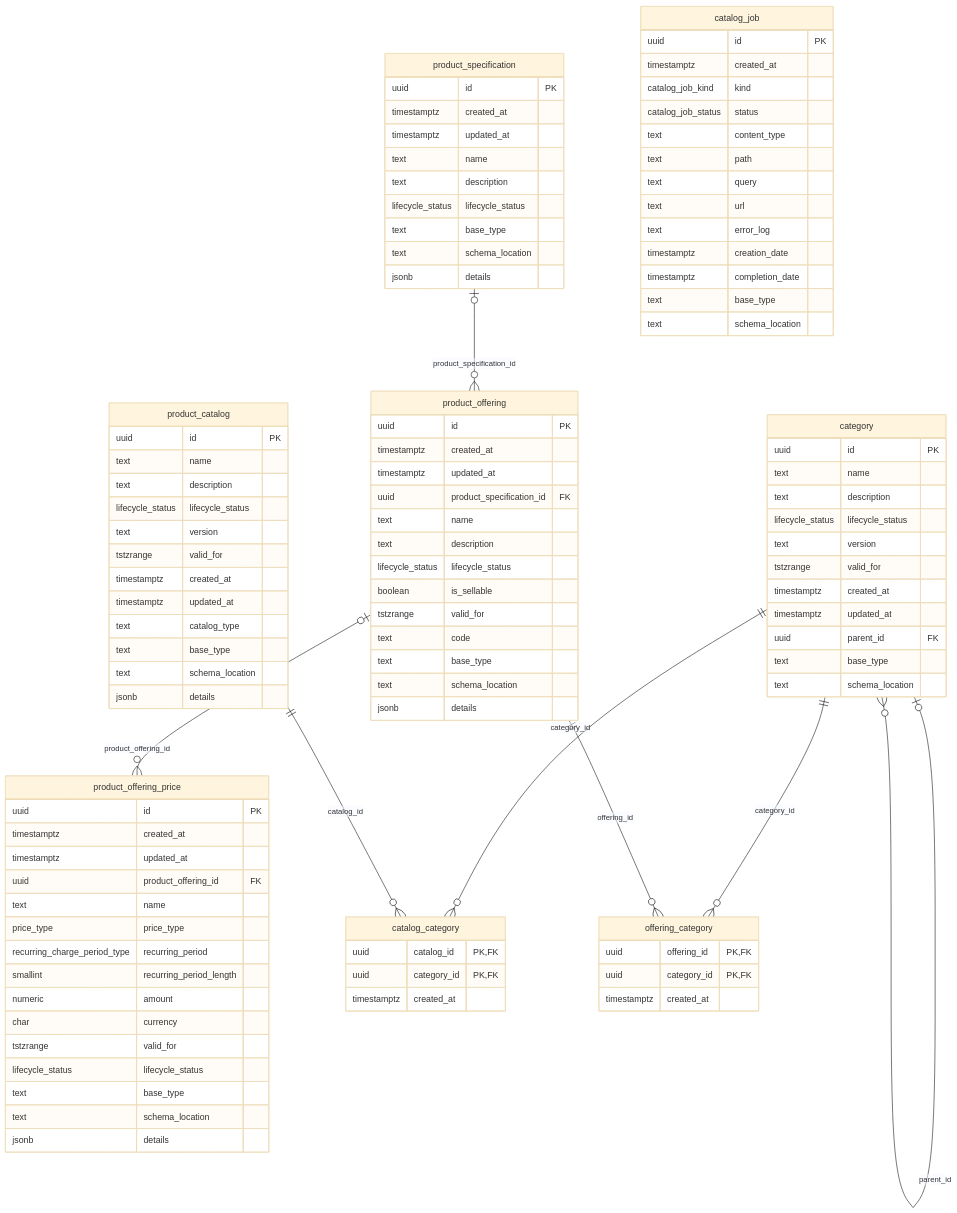
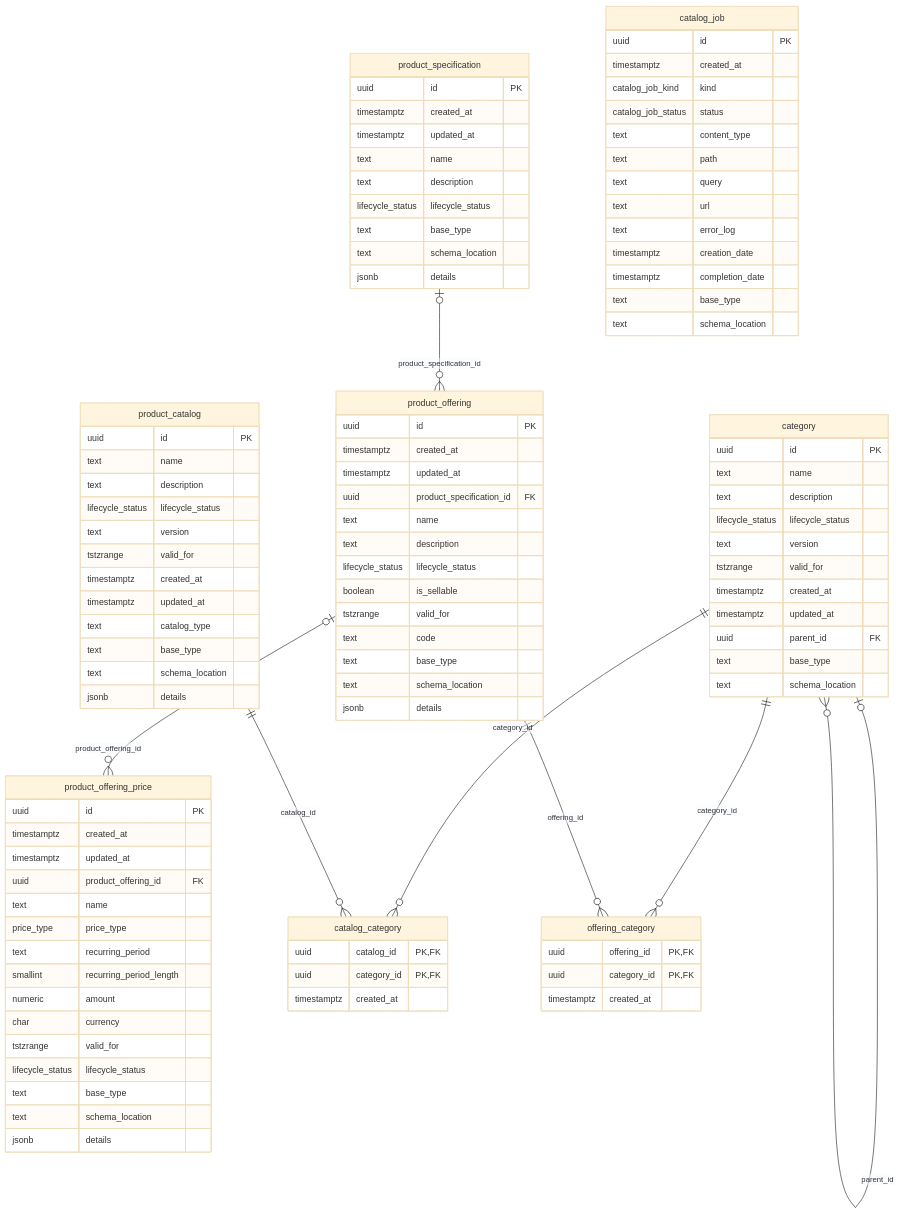
One commit to altharmz/bss changed the third of 9 diagrams in docs/db/README.md. Above: the diagram before and after it, drawn with Mermaid (base theme). The commit also changed other lines of this file and 50 other files, not shown here.

First line of the commit message:
Support recurring charge intervals and financial account counts

```diff
--- a/docs/db/README.md
+++ b/docs/db/README.md
@@ -310,7 +310,7 @@
     uuid product_offering_id FK
     text name
     price_type price_type
-    recurring_charge_period_type recurring_period
+    text recurring_period
     smallint recurring_period_length
     numeric amount
     char currency
```
